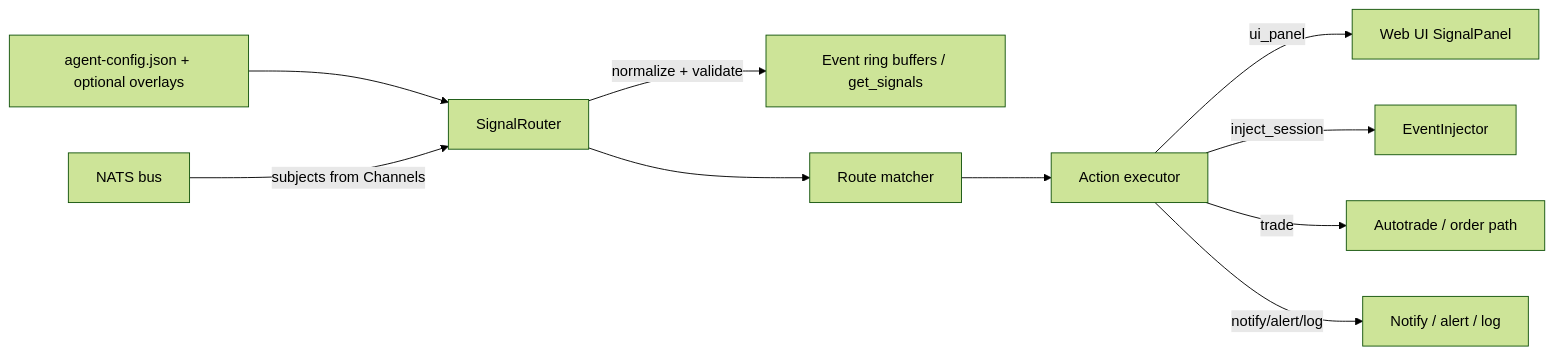
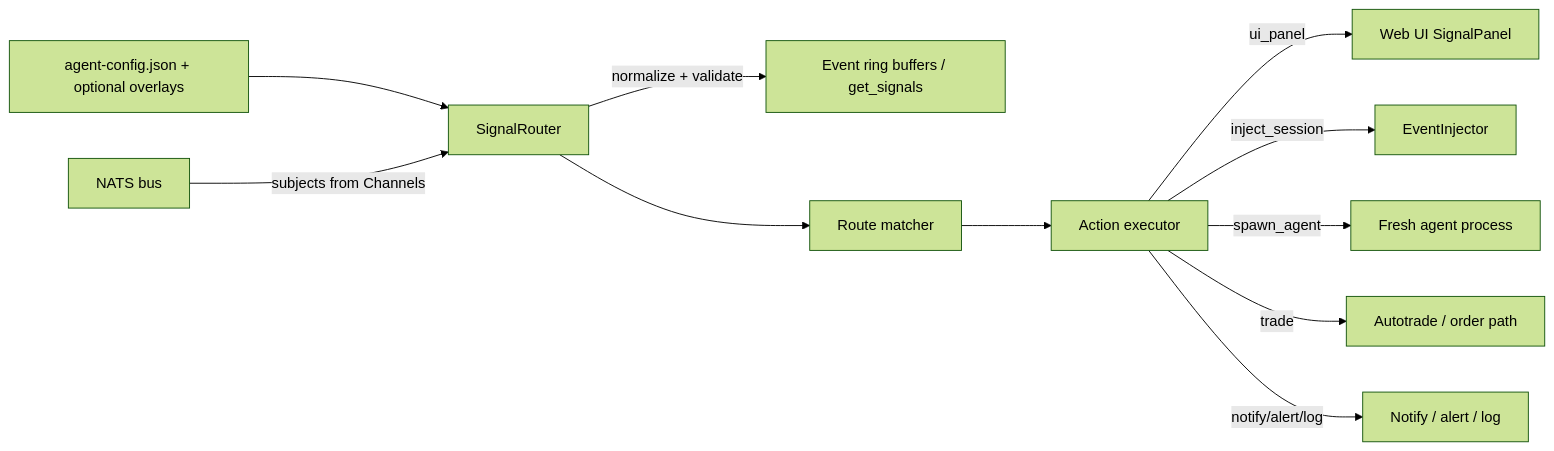
One commit to agent-kai-bot/agent-kai changed the diagram in docs/architecture/10394-signal-router-unification.md. Above: the diagram before and after it, drawn with Mermaid (forest theme). The commit also changed other lines of this file, not shown here.

First line of the commit message:
docs(architecture): update #10394 signal_router spec for spawn_agent + AlertSubscriber deprecation

````diff
--- a/docs/architecture/10394-signal-router-unification.md
+++ b/docs/architecture/10394-signal-router-unification.md
@@ -90,23 +110,25 @@
 ```mermaid
 flowchart LR
   NATS[NATS bus]
   CFG[agent-config.json + optional overlays]
   ROUTER[SignalRouter]
   BUF[Event ring buffers / get_signals]
   MATCH[Route matcher]
   ACT[Action executor]
   UI[Web UI SignalPanel]
   INJ[EventInjector]
+  SPAWN[Fresh agent process]
   AUTO[Autotrade / order path]
   NOTIFY[Notify / alert / log]
 
   CFG --> ROUTER
   NATS -->|subjects from Channels| ROUTER
   ROUTER -->|normalize + validate| BUF
   ROUTER --> MATCH
   MATCH --> ACT
   ACT -->|ui_panel| UI
   ACT -->|inject_session| INJ
+  ACT -->|spawn_agent| SPAWN
   ACT -->|trade| AUTO
   ACT -->|notify/alert/log| NOTIFY
 ```
````
